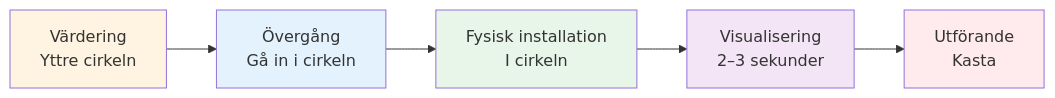
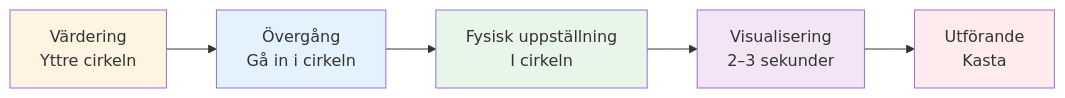
The second of 4 diagrams in docs/sv/education/the-zone/entering-the-zone.md (patwii/petanque-academy), drawn with Mermaid before and after one commit. The commit also changed 532 other files, not shown here.

````diff
--- a/docs/sv/education/the-zone/entering-the-zone.md
+++ b/docs/sv/education/the-zone/entering-the-zone.md
@@ -50,13 +50,13 @@
 ```mermaid
 graph LR
     A[Värdering <br/> Yttre cirkeln] --> B[Övergång <br/> Gå in i cirkeln]
-    B --> C[Fysisk installation <br/> I cirkeln]
+    B --> C[Fysisk uppställning <br/> I cirkeln]
     C --> D[Visualisering <br/> 2–3 sekunder]
     D --> E[Utförande <br/> Kasta]
 
     style A fill:#fff4e1
     style B fill:#e3f2fd
     style C fill:#e8f5e9
     style D fill:#f3e5f5
     style E fill:#ffebee
 ```
````
